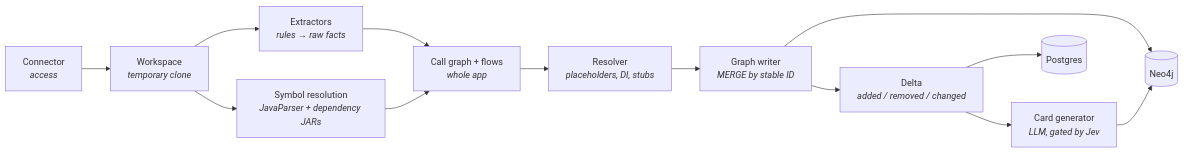
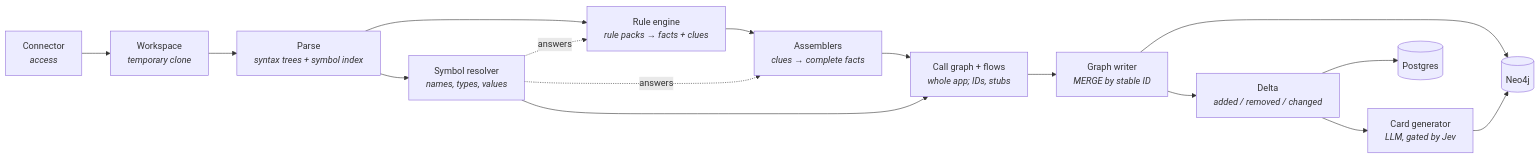
Before and after one commit to KBavis/steno: the first of 5 diagrams in docs/ingestion.md, drawn with Mermaid. The commit also changed other lines of this file and 46 other files, not shown here.

````diff
--- a/docs/ingestion.md
+++ b/docs/ingestion.md
@@ -25,15 +25,18 @@
 ```mermaid
 flowchart LR
     C[Connector<br/><i>access</i>] --> W[Workspace<br/><i>temporary clone</i>]
-    W --> X[Extractors<br/><i>rules → raw facts</i>]
-    W --> SR[Symbol resolution<br/><i>JavaParser + dependency JARs</i>]
-    X --> CG[Call graph + flows<br/><i>whole app</i>]
+    W --> P[Parse<br/><i>syntax trees + symbol index</i>]
+    P --> X[Rule engine<br/><i>rule packs → facts + clues</i>]
+    P --> SR[Symbol resolver<br/><i>names, types, values</i>]
+    SR -. answers .-> X
+    X --> A[Assemblers<br/><i>clues → complete facts</i>]
+    SR -. answers .-> A
+    A --> CG[Call graph + flows<br/><i>whole app; IDs, stubs</i>]
     SR --> CG
-    CG --> R[Resolver<br/><i>placeholders, DI, stubs</i>]
-    R --> GW[Graph writer<br/><i>MERGE by stable ID</i>]
+    CG --> GW[Graph writer<br/><i>MERGE by stable ID</i>]
     GW --> D[Delta<br/><i>added / removed / changed</i>]
     D --> CARD[Card generator<br/><i>LLM, gated by Jev</i>]
     GW --> NEO[(Neo4j)]
     CARD --> NEO
     D --> PG[(Postgres)]
 ```
````
